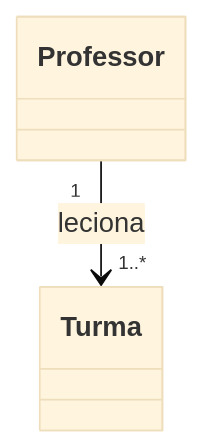
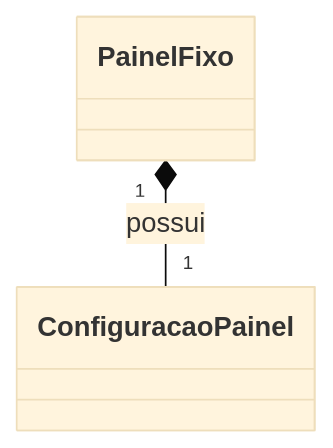
One commit to rafaelrezo/curso-poo changed the fifth of 7 diagrams in docs/modelagem_analise_codigo/index.md. Above: the diagram before and after it, drawn with Mermaid (base theme). The commit also changed other lines of this file and 56 other files, not shown here.

````diff
--- a/docs/modelagem_analise_codigo/index.md
+++ b/docs/modelagem_analise_codigo/index.md
@@ -318,7 +175,4 @@
-``` mermaid
+```mermaid
 classDiagram
-    class Professor
-    class Turma
-
-    Professor "1" --> "1..*" Turma : leciona
+    PainelFixo "1" *-- "1" ConfiguracaoPainel : possui
 ```
````
